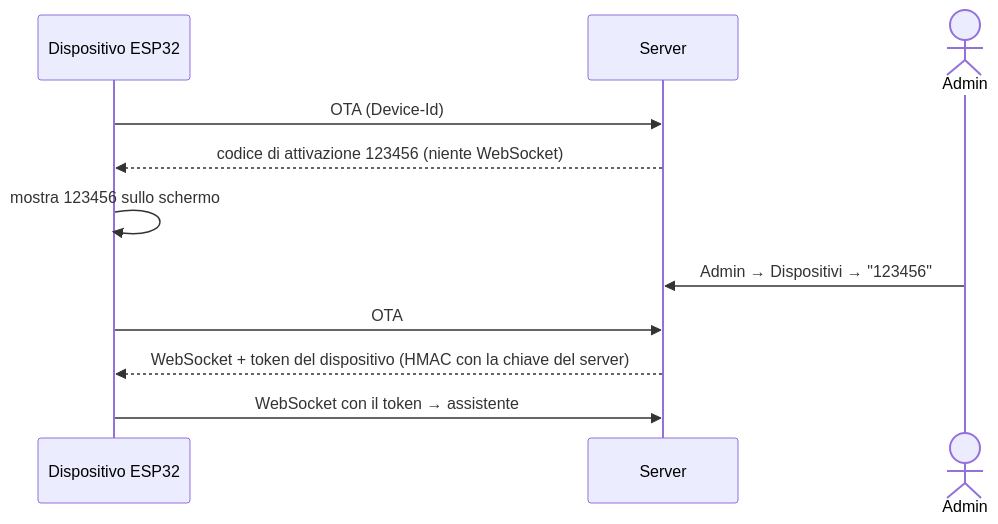
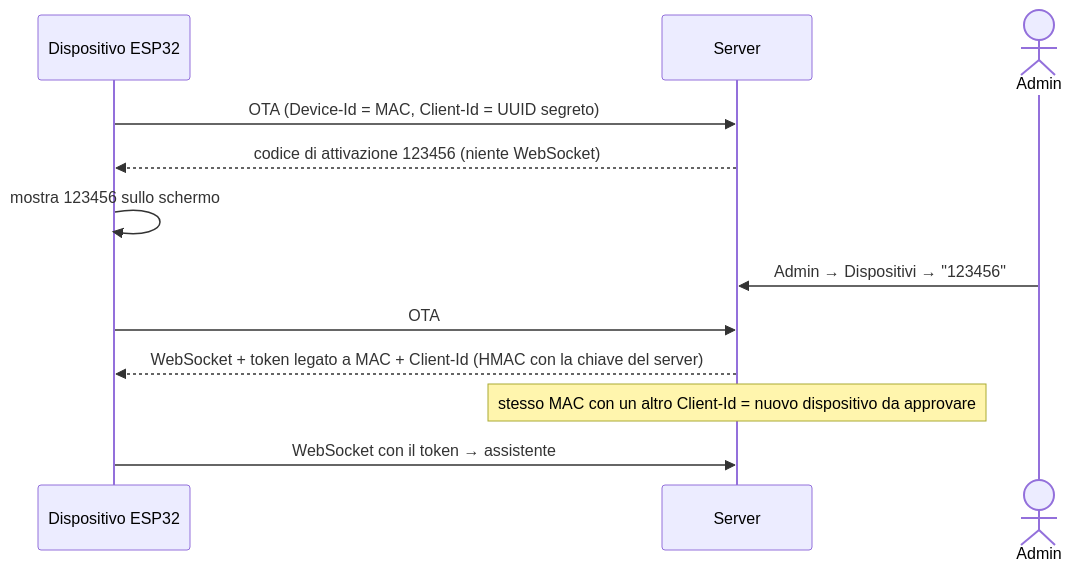
One commit to BitJacker/xiaozhi-local-server changed the seventh of 7 diagrams in docs/ARCHITETTURA.md. Above: the diagram before and after it, drawn with Mermaid. The commit also changed other lines of this file and 32 other files, not shown here.

````diff
--- a/docs/ARCHITETTURA.md
+++ b/docs/ARCHITETTURA.md
@@ -204,13 +208,14 @@
 ```mermaid
 sequenceDiagram
     participant E as Dispositivo ESP32
     participant S as Server
     actor A as Admin
-    E->>S: OTA (Device-Id)
+    E->>S: OTA (Device-Id = MAC, Client-Id = UUID segreto)
     S-->>E: codice di attivazione 123456 (niente WebSocket)
     E->>E: mostra 123456 sullo schermo
     A->>S: Admin → Dispositivi → "123456"
     E->>S: OTA
-    S-->>E: WebSocket + token del dispositivo (HMAC con la chiave del server)
+    S-->>E: WebSocket + token legato a MAC + Client-Id (HMAC con la chiave del server)
+    Note over S: stesso MAC con un altro Client-Id = nuovo dispositivo da approvare
     E->>S: WebSocket con il token → assistente
 ```
````
